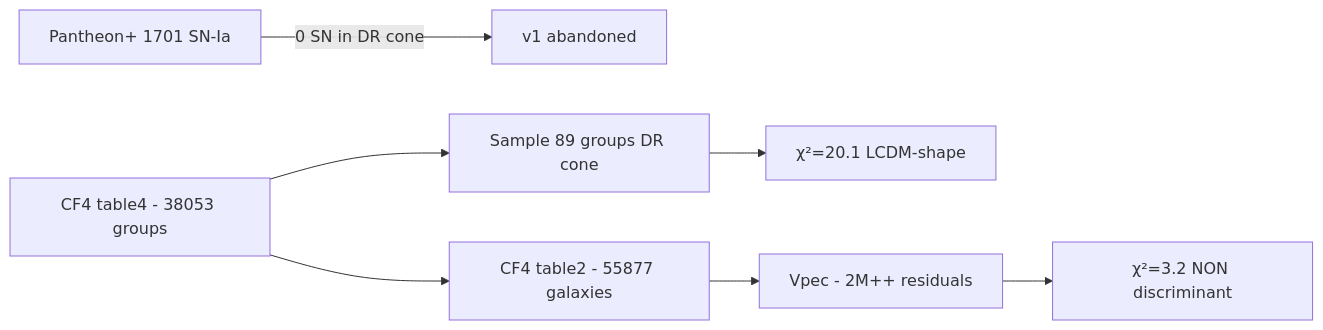
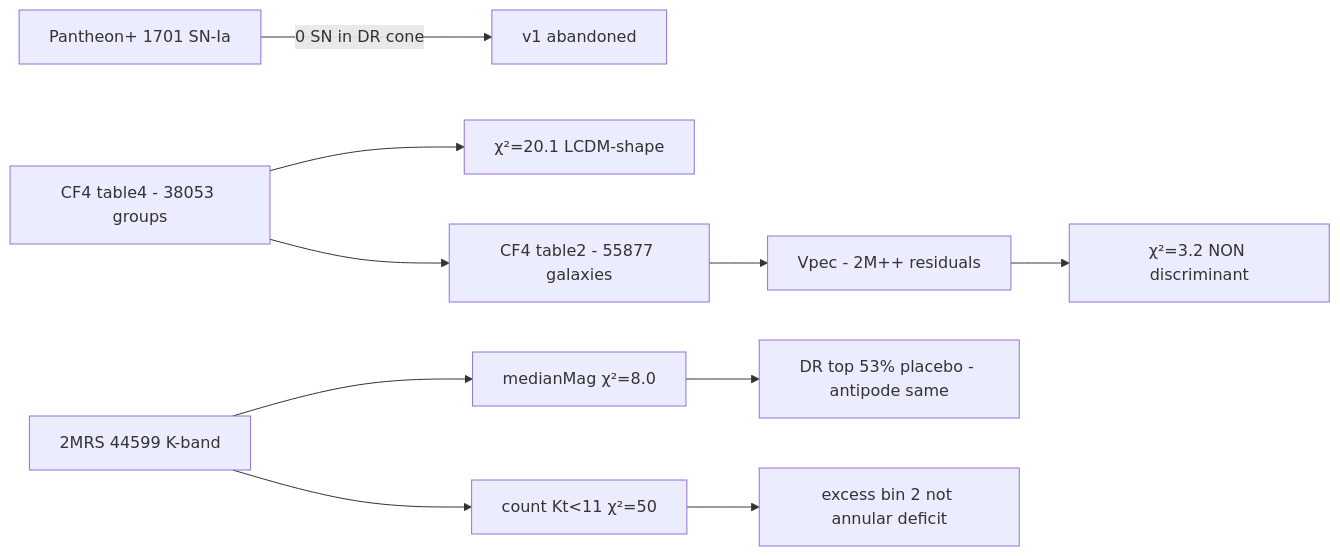
Before and after one commit to pando-yacine/janus-cf4-test: the diagram in README.md, drawn with Mermaid. The commit also changed other lines of this file and 17 other files, not shown here.

First line of the commit message:
v3.0 results: 2MRS K-band photometric direct test — non discriminant

````diff
--- a/README.md
+++ b/README.md
@@ -66,9 +78,12 @@
 ```mermaid
 flowchart LR
     A[Pantheon+ 1701 SN-Ia] -->|0 SN in DR cone| X[v1 abandoned]
-    B[CF4 table4 - 38053 groups] --> C[Sample 89 groups DR cone]
-    C --> D[χ²=20.1 LCDM-shape]
-    B --> E[CF4 table2 - 55877 galaxies]
-    E --> F[Vpec - 2M++ residuals]
-    F --> G[χ²=3.2 NON discriminant]
+    B[CF4 table4 - 38053 groups] --> C[χ²=20.1 LCDM-shape]
+    B --> D[CF4 table2 - 55877 galaxies]
+    D --> E[Vpec - 2M++ residuals]
+    E --> F[χ²=3.2 NON discriminant]
+    G[2MRS 44599 K-band] --> H[medianMag χ²=8.0]
+    G --> I[count Kt<11 χ²=50]
+    H --> J[DR top 53% placebo - antipode same]
+    I --> K[excess bin 2 not annular deficit]
 ```
````
